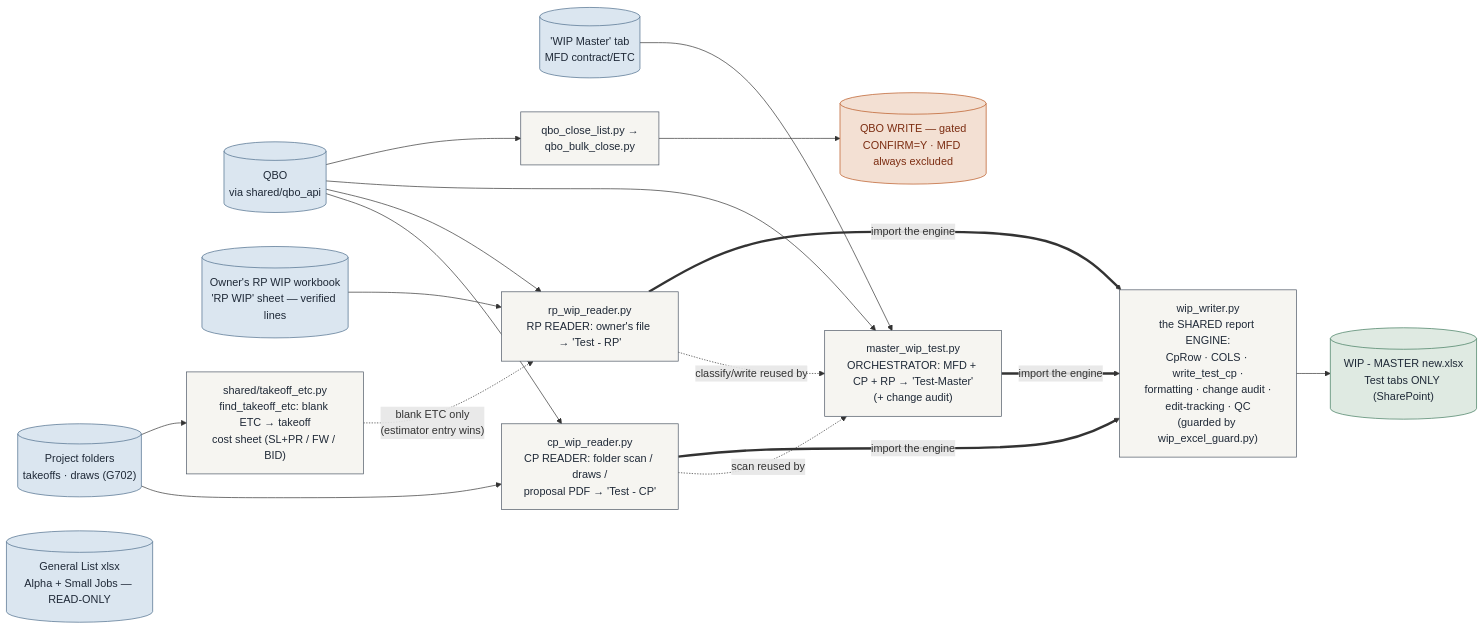
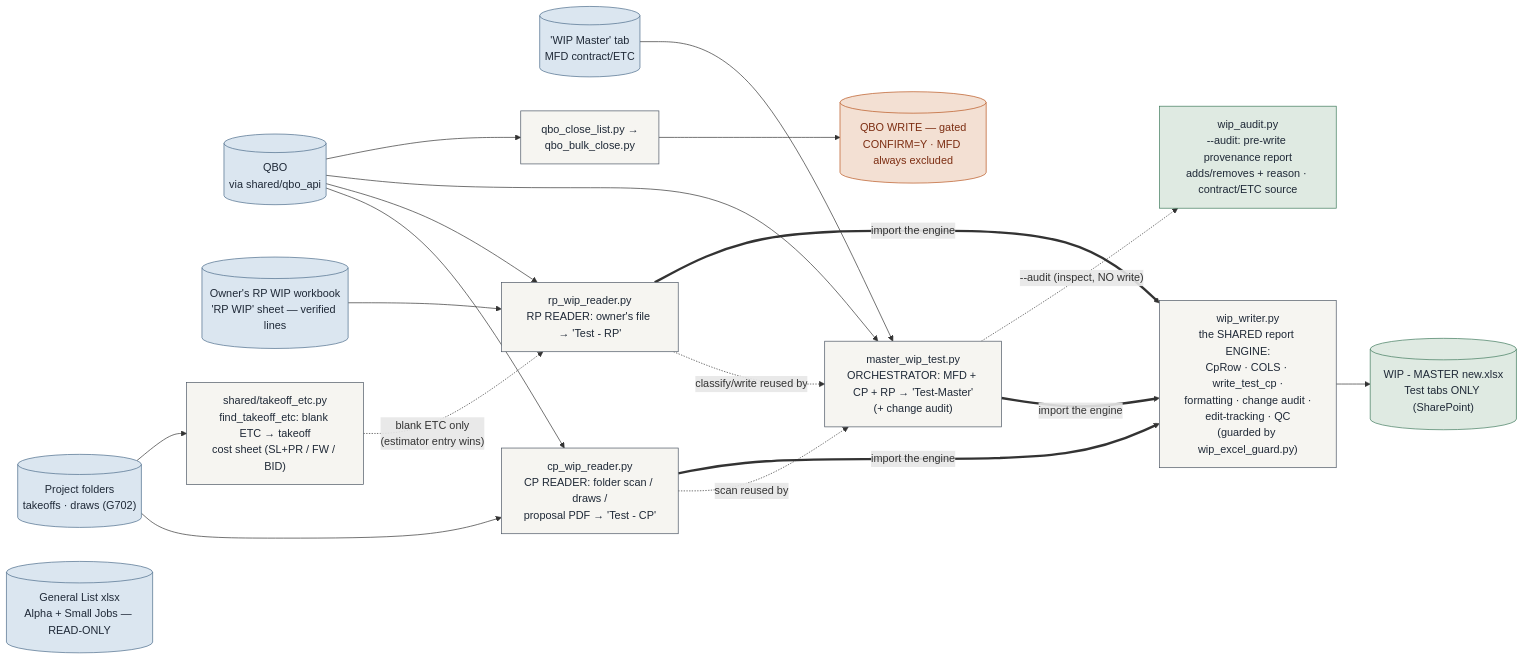
Before and after one commit to Ecarlo-Proficient/Claude-Report: the third of 6 diagrams in docs/ARCHITECTURE.md, drawn with Mermaid. The commit also changed other lines of this file and 4 other files, not shown here.

First line of the commit message:
wip: --audit pre-write provenance report (inspect before the WIP updates)

````diff
--- a/docs/ARCHITECTURE.md
+++ b/docs/ARCHITECTURE.md
@@ -175,34 +175,36 @@
 ```mermaid
 flowchart LR
     classDef src fill:#dbe6f0,stroke:#4A6B8A,color:#1f2937
     classDef tool fill:#f6f5f1,stroke:#4b5563,color:#1f2937
     classDef out fill:#dfeae2,stroke:#3E7A5C,color:#1f2937
     classDef gate fill:#f3e0d3,stroke:#B9541E,color:#7c2d12
 
     FOLDERS[("Project folders\ntakeoffs · draws (G702)")]:::src
     GL[("General List xlsx\nAlpha + Small Jobs — READ-ONLY")]:::src
     QBO[("QBO\nvia shared/qbo_api")]:::src
     RPFIX[("Owner's RP WIP workbook\n'RP WIP' sheet — verified lines")]:::src
     WMTAB[("'WIP Master' tab\nMFD contract/ETC")]:::src
     TKETC["shared/takeoff_etc.py\nfind_takeoff_etc: blank ETC → takeoff\ncost sheet (SL+PR / FW / BID)"]:::tool
 
     ENGINE["wip_writer.py\nthe SHARED report ENGINE:\nCpRow · COLS · write_test_cp ·\nformatting · change audit ·\nedit-tracking · QC\n(guarded by wip_excel_guard.py)"]:::tool
     CPR["cp_wip_reader.py\nCP READER: folder scan / draws /\nproposal PDF → 'Test - CP'"]:::tool
     RPR["rp_wip_reader.py\nRP READER: owner's file → 'Test - RP'"]:::tool
     MASTER["master_wip_test.py\nORCHESTRATOR: MFD + CP + RP → 'Test-Master'\n(+ change audit)"]:::tool
     TEST[("WIP - MASTER new.xlsx\nTest tabs ONLY (SharePoint)")]:::out
     CLOSE["qbo_close_list.py →\nqbo_bulk_close.py"]:::tool
     QW[("QBO WRITE — gated\nCONFIRM=Y · MFD always excluded")]:::gate
 
     FOLDERS --> CPR
     RPFIX --> RPR
     FOLDERS --> TKETC
     TKETC -.->|"blank ETC only\n(estimator entry wins)"| RPR
     QBO --> CPR & RPR & MASTER
     WMTAB --> MASTER
     CPR -.->|"scan reused by"| MASTER
     RPR -.->|"classify/write reused by"| MASTER
     CPR & RPR & MASTER ==>|"import the engine"| ENGINE
     ENGINE --> TEST
+    AUDIT["wip_audit.py\n--audit: pre-write provenance report\nadds/removes + reason · contract/ETC source"]:::out
+    MASTER -.->|"--audit (inspect, NO write)"| AUDIT
     QBO --> CLOSE --> QW
 ```
````
